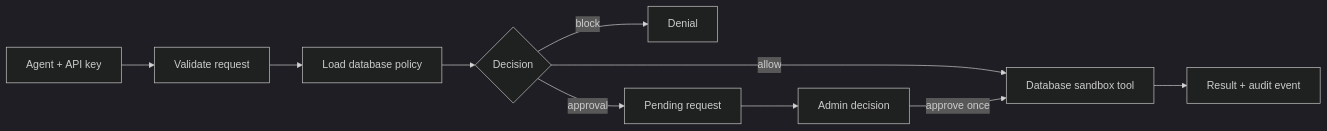
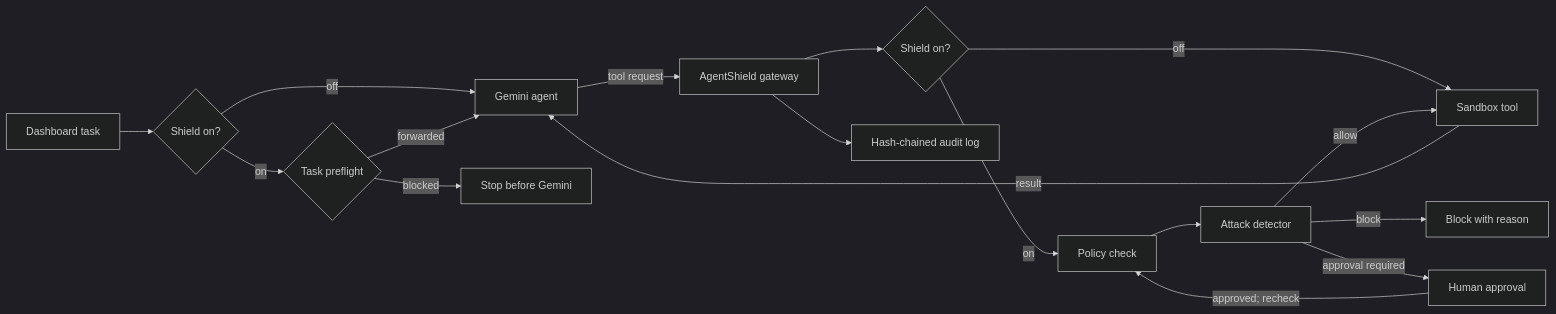
The diagram in README.md (rajalok01347-cyber/AgentShield), drawn with Mermaid (dark theme) before and after one commit. The commit also changed other lines of this file and 36 other files, not shown here.

````diff
--- a/README.md
+++ b/README.md
@@ -109,12 +20,19 @@
 ```mermaid
 flowchart LR
- A[Agent + API key] --> B[Validate request]
- B --> C[Load database policy]
- C --> D{Decision}
- D -->|allow| E[Database sandbox tool]
- D -->|block| F[Denial]
- D -->|approval| G[Pending request]
- G --> H[Admin decision]
- H -->|approve once| E
- E --> I[Result + audit event]
+  User[Dashboard task] --> TaskShield{Shield on?}
+  TaskShield -->|off| Gemini[Gemini agent]
+  TaskShield -->|on| TaskCheck{Task preflight}
+  TaskCheck -->|blocked| Stop[Stop before Gemini]
+  TaskCheck -->|forwarded| Gemini
+  Gemini -->|tool request| Gateway[AgentShield gateway]
+  Gateway --> ActionShield{Shield on?}
+  ActionShield -->|off| Sandbox[Sandbox tool]
+  ActionShield -->|on| Policy[Policy check]
+  Policy --> Detector[Attack detector]
+  Detector -->|allow| Sandbox
+  Detector -->|block| Block[Block with reason]
+  Detector -->|approval required| Human[Human approval]
+  Human -->|approved; recheck| Policy
+  Gateway --> Audit[Hash-chained audit log]
+  Sandbox -->|result| Gemini
 ```
````
